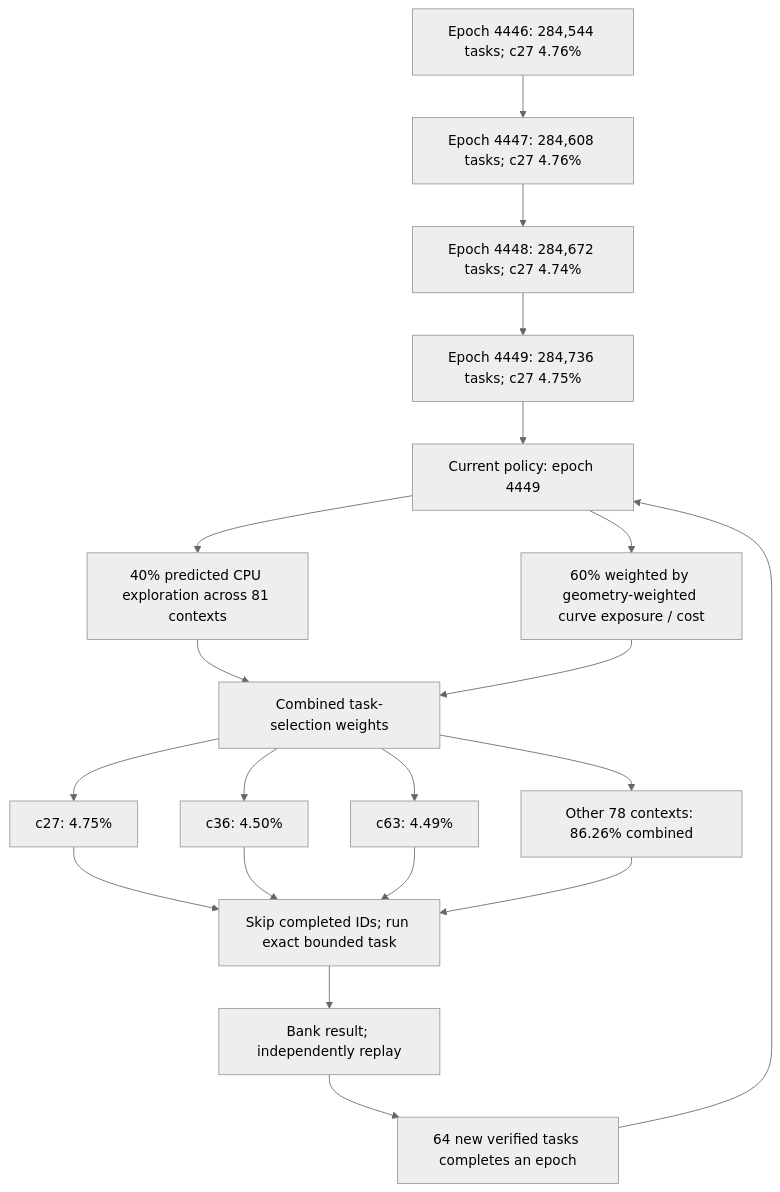
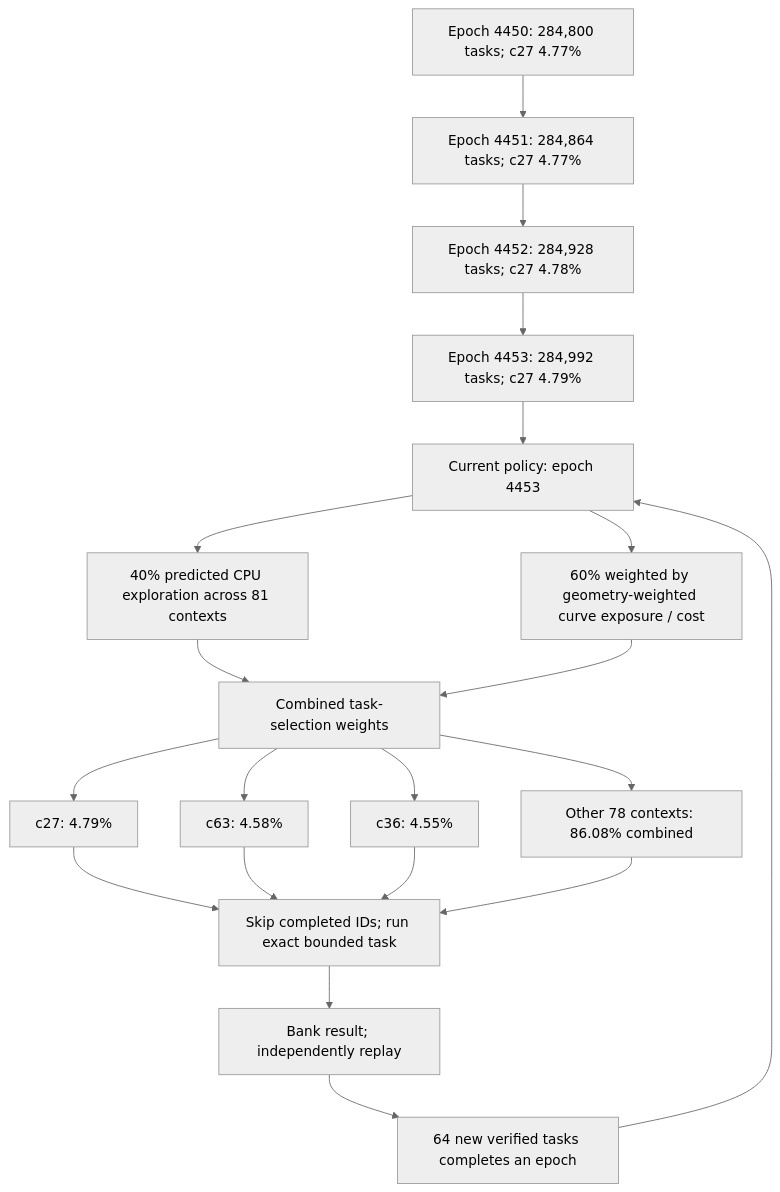
One commit to Kuberwastaken/math-gambling changed the first of 3 diagrams in README.md. Above: the diagram before and after it, drawn with Mermaid (neutral theme). The commit also changed other lines of this file and 2960 other files, not shown here.

````diff
--- a/README.md
+++ b/README.md
@@ -60,27 +60,27 @@
 ```mermaid
 flowchart TD
-    H0["Epoch 4446: 284,544 tasks; c27 4.76%"]
-    H1["Epoch 4447: 284,608 tasks; c27 4.76%"]
+    H0["Epoch 4450: 284,800 tasks; c27 4.77%"]
+    H1["Epoch 4451: 284,864 tasks; c27 4.77%"]
     H0 --> H1
-    H2["Epoch 4448: 284,672 tasks; c27 4.74%"]
+    H2["Epoch 4452: 284,928 tasks; c27 4.78%"]
     H1 --> H2
-    H3["Epoch 4449: 284,736 tasks; c27 4.75%"]
+    H3["Epoch 4453: 284,992 tasks; c27 4.79%"]
     H2 --> H3
-    Policy["Current policy: epoch 4449"]
+    Policy["Current policy: epoch 4453"]
     H3 --> Policy
     Policy --> Explore["40% predicted CPU exploration across 81 contexts"]
     Policy --> Cost["60% weighted by geometry-weighted curve exposure / cost"]
     Explore --> Mix["Combined task-selection weights"]
     Cost --> Mix
-    Mix --> C0["c27: 4.75%"]
-    Mix --> C1["c36: 4.50%"]
-    Mix --> C2["c63: 4.49%"]
-    Mix --> Rest["Other 78 contexts: 86.26% combined"]
+    Mix --> C0["c27: 4.79%"]
+    Mix --> C1["c63: 4.58%"]
+    Mix --> C2["c36: 4.55%"]
+    Mix --> Rest["Other 78 contexts: 86.08% combined"]
     C0 --> Check["Skip completed IDs; run exact bounded task"]
     C1 --> Check
     C2 --> Check
     Rest --> Check
     Check --> Replay["Bank result; independently replay"]
     Replay --> Gate["64 new verified tasks completes an epoch"]
     Gate --> Policy
 ```
````
